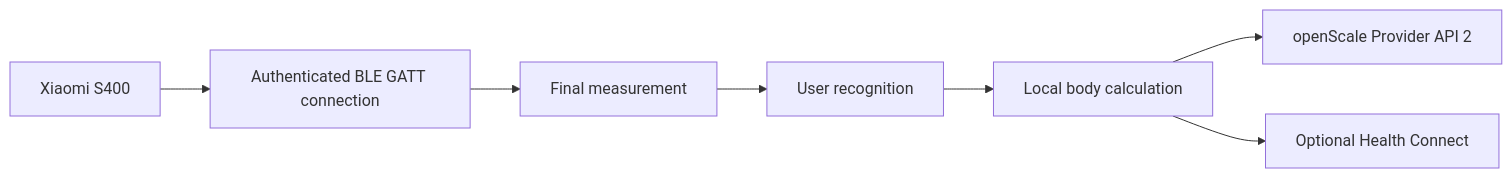
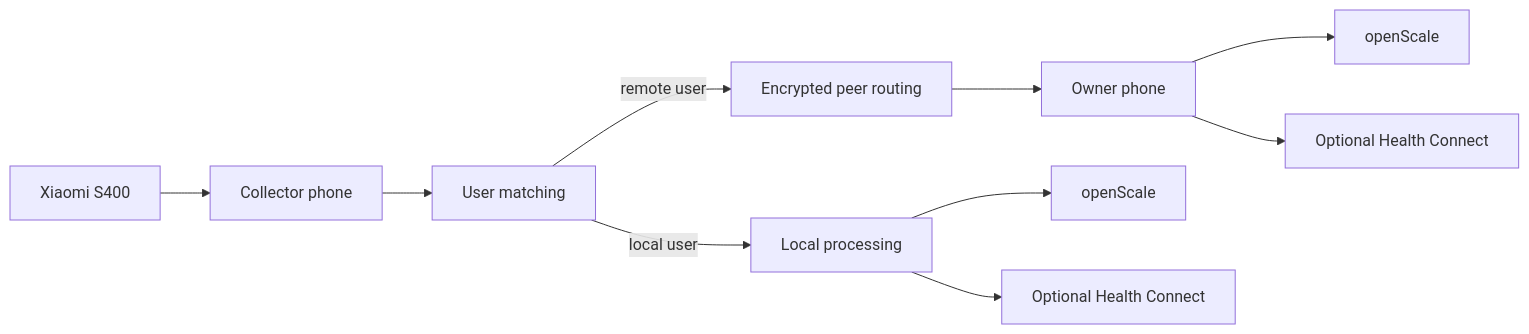
Before and after one commit to 1260er/ScaleLauncher: the diagram in README.md, drawn with Mermaid. The commit also changed other lines of this file and 2 other files, not shown here.

Commit message:
Document final acceptance test and release README

````diff
--- a/README.md
+++ b/README.md
@@ -37,9 +62,12 @@
 ```mermaid
 flowchart LR
-    A[Xiaomi S400] --> B[Authenticated BLE GATT connection]
-    B --> C[Final measurement]
-    C --> D[User recognition]
-    D --> E[Local body calculation]
-    E --> F[openScale Provider API 2]
-    E --> G[Optional Health Connect]
+    A[Xiaomi S400] --> B[Collector phone]
+    B --> C[User matching]
+    C -->|local user| D[Local processing]
+    C -->|remote user| E[Encrypted peer routing]
+    E --> F[Owner phone]
+    D --> G[openScale]
+    F --> H[openScale]
+    D --> I[Optional Health Connect]
+    F --> J[Optional Health Connect]
 ```
````
